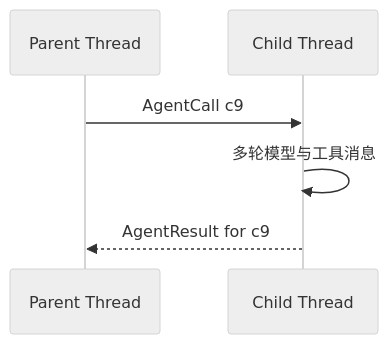
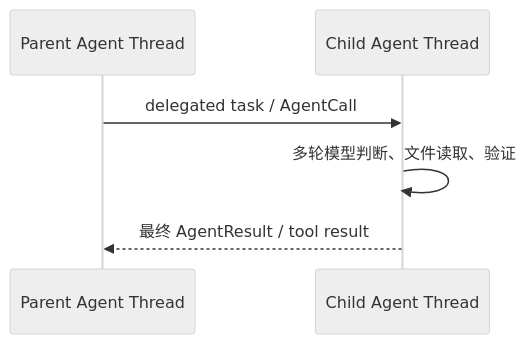
The third of 6 diagrams in docs/04-model-and-context-protocol.md (Arthur999459up/GitAgent), drawn with Mermaid (neutral theme) before and after one commit. The commit also changed other lines of this file and 3 other files, not shown here.

````diff
--- a/docs/04-model-and-context-protocol.md
+++ b/docs/04-model-and-context-protocol.md
@@ -78,8 +178,9 @@
 ```mermaid
 sequenceDiagram
-    participant P as Parent Thread
-    participant C as Child Thread
-    P->>C: AgentCall c9
-    C->>C: 多轮模型与工具消息
-    C-->>P: AgentResult for c9
+    participant P as Parent Agent Thread
+    participant C as Child Agent Thread
+
+    P->>C: delegated task / AgentCall
+    C->>C: 多轮模型判断、文件读取、验证
+    C-->>P: 最终 AgentResult / tool result
 ```
````
